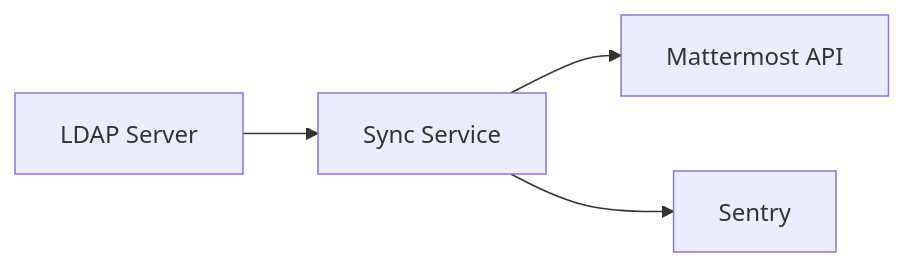
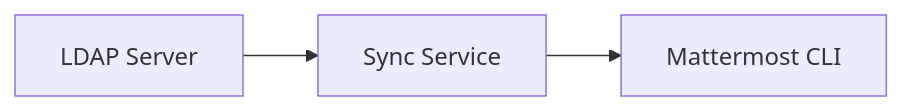
Before and after one commit to marryivanova/mattermost_sync: the diagram in README.md, drawn with Mermaid. The commit also changed other lines of this file, not shown here.

Commit message:
docs: fix CLI flow

````diff
--- a/README.md
+++ b/README.md
@@ -21,6 +21,4 @@
 ```mermaid
 graph LR
-    A[LDAP Server] --> B[Sync Service]
-    B --> C[Mattermost API]
-    B --> D[Sentry]
+    A[LDAP Server] --> B[Sync Service] --> C[Mattermost CLI]
 ```
````
